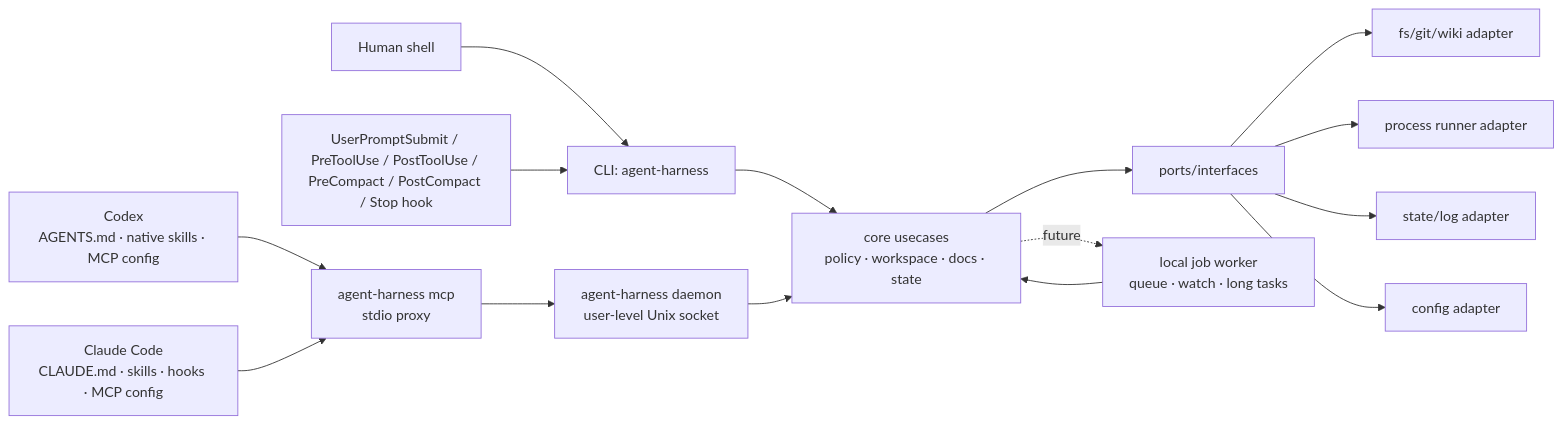
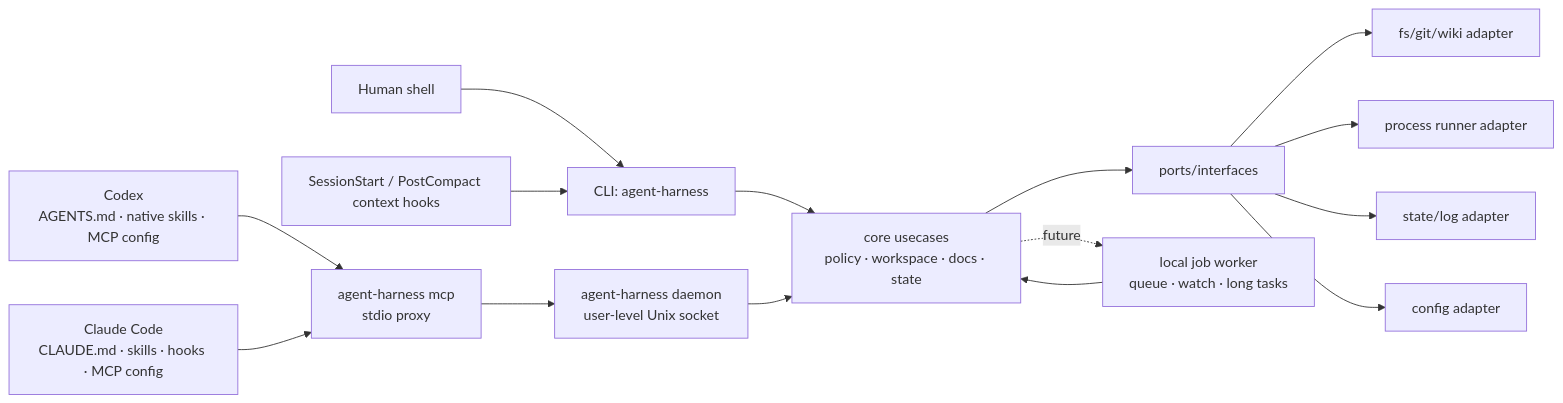
The diagram in .agent-harness/ARCHITECTURE.md (m16khb-org/agent-harness), drawn with Mermaid before and after one commit. The commit also changed other lines of this file and 56 other files, not shown here.

First line of the commit message:
feat(hooks): thin default native context hooks

````diff
--- a/.agent-harness/ARCHITECTURE.md
+++ b/.agent-harness/ARCHITECTURE.md
@@ -26,19 +26,19 @@
 ```mermaid
 flowchart LR
     Codex["Codex<br/>AGENTS.md · native skills · MCP config"] --> MCPProxy["agent-harness mcp<br/>stdio proxy"]
     Claude["Claude Code<br/>CLAUDE.md · skills · hooks · MCP config"] --> MCPProxy
     Human["Human shell"] --> CLI["CLI: agent-harness"]
-    Hook["UserPromptSubmit / PreToolUse / PostToolUse / PreCompact / PostCompact / Stop hook"] --> CLI
+    Hook["SessionStart / PostCompact context hooks"] --> CLI
 
     MCPProxy --> Daemon["agent-harness daemon<br/>user-level Unix socket"]
     CLI --> Core["core usecases<br/>policy · workspace · docs · state"]
     Daemon --> Core
     Core --> Ports["ports/interfaces"]
     Ports --> FS["fs/git/wiki adapter"]
     Ports --> Proc["process runner adapter"]
     Ports --> State["state/log adapter"]
     Ports --> Config["config adapter"]
 
     Core -. future .-> Worker["local job worker<br/>queue · watch · long tasks"]
     Worker --> Core
 ```
````
